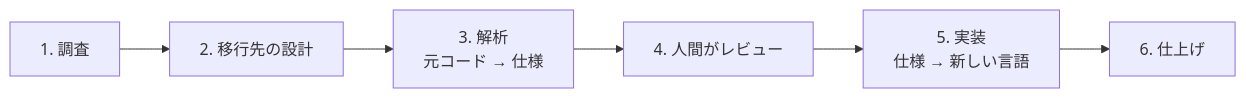
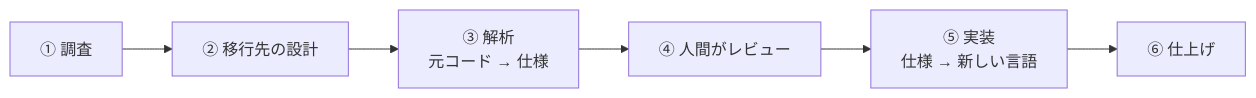
One commit to umauma00/spec-relay changed the diagram in README.md. Above: the diagram before and after it, drawn with Mermaid. The commit also changed other lines of this file and 4 other files, not shown here.

````diff
--- a/README.md
+++ b/README.md
@@ -9,4 +9,4 @@
 ```mermaid
 flowchart LR
-  S[1. 調査] --> D[2. 移行先の設計] --> A[3. 解析<br/>元コード → 仕様] --> B[4. 人間がレビュー] --> C[5. 実装<br/>仕様 → 新しい言語] --> F[6. 仕上げ]
+  S[① 調査] --> D[② 移行先の設計] --> A[③ 解析<br/>元コード → 仕様] --> B[④ 人間がレビュー] --> C[⑤ 実装<br/>仕様 → 新しい言語] --> F[⑥ 仕上げ]
 ```
````
